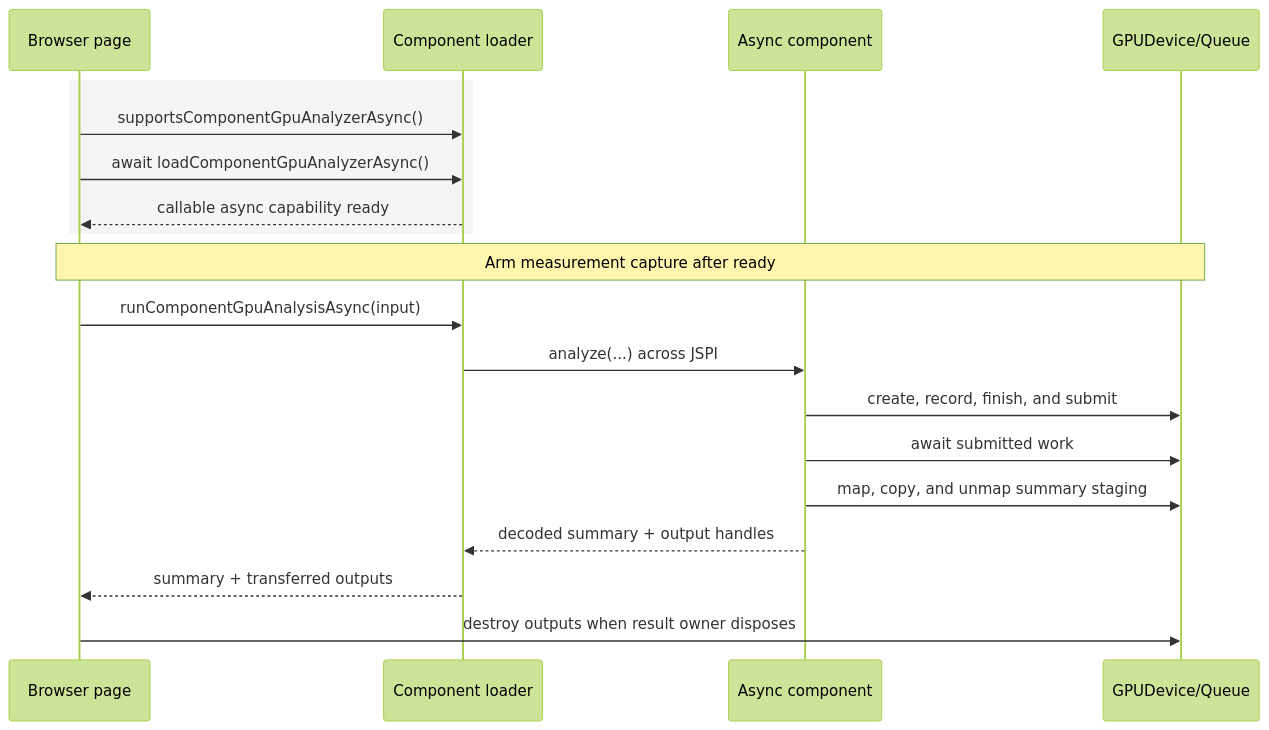
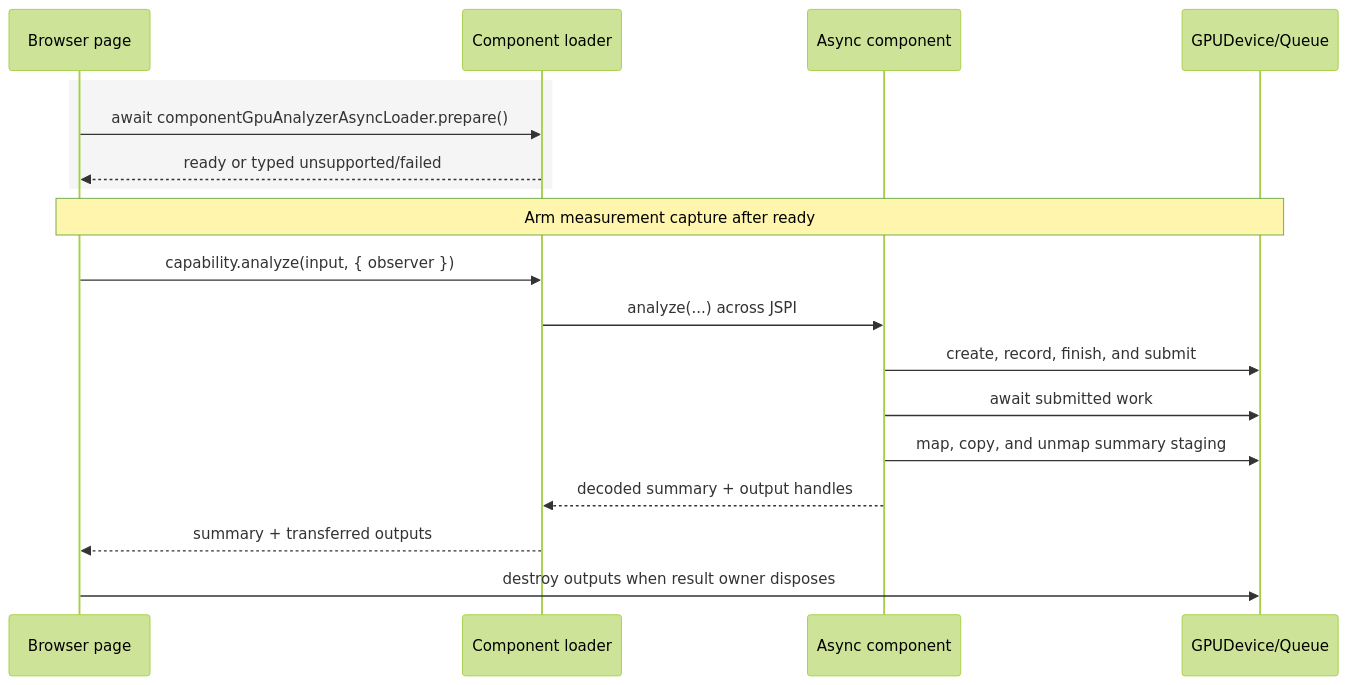
The third of 4 diagrams in docs/testing/browser-lifetime/architecture-and-code-reuse.md (project-millipede/rendered-shape-analyser), drawn with Mermaid (forest theme) before and after one commit. The commit also changed other lines of this file and 5 other files, not shown here.

````diff
--- a/docs/testing/browser-lifetime/architecture-and-code-reuse.md
+++ b/docs/testing/browser-lifetime/architecture-and-code-reuse.md
@@ -475,22 +485,21 @@
 ```mermaid
 sequenceDiagram
   participant Page as Browser page
   participant Loader as Component loader
   participant Guest as Async component
   participant GPU as GPUDevice/Queue
 
   rect rgb(245, 245, 245)
-    Page->>Loader: supportsComponentGpuAnalyzerAsync()
-    Page->>Loader: await loadComponentGpuAnalyzerAsync()
-    Loader-->>Page: callable async capability ready
+    Page->>Loader: await componentGpuAnalyzerAsyncLoader.prepare()
+    Loader-->>Page: ready or typed unsupported/failed
   end
   Note over Page,GPU: Arm measurement capture after ready
-  Page->>Loader: runComponentGpuAnalysisAsync(input)
+  Page->>Loader: capability.analyze(input, { observer })
   Loader->>Guest: analyze(...) across JSPI
   Guest->>GPU: create, record, finish, and submit
   Guest->>GPU: await submitted work
   Guest->>GPU: map, copy, and unmap summary staging
   Guest-->>Loader: decoded summary + output handles
   Loader-->>Page: summary + transferred outputs
   Page->>GPU: destroy outputs when result owner disposes
 ```
````
